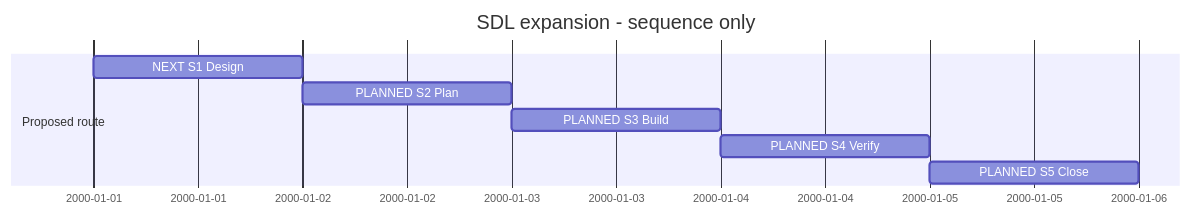
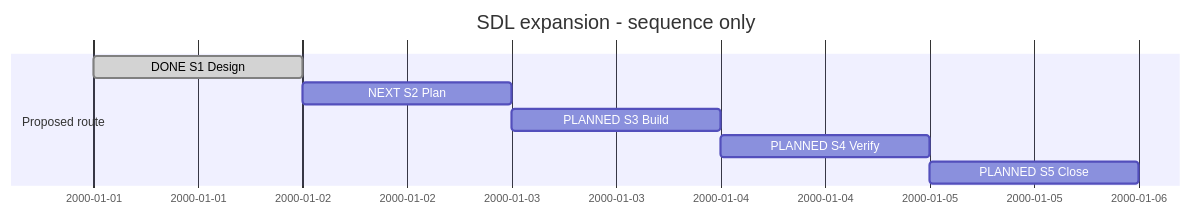
One commit to Hans-Einar/SDP changed the diagram in SDP/Sessions/session-#0001--SDL_expansion.md. Above: the diagram before and after it, drawn with Mermaid. The commit also changed other lines of this file and 26 other files, not shown here.

````diff
--- a/SDP/Sessions/session-#0001--SDL_expansion.md
+++ b/SDP/Sessions/session-#0001--SDL_expansion.md
@@ -60,11 +60,11 @@
 ```mermaid
 gantt
     title SDL expansion - sequence only
     dateFormat YYYY-MM-DD
     section Proposed route
-    NEXT S1 Design :s1, 2000-01-01, 1d
-    PLANNED S2 Plan :s2, after s1, 1d
+    DONE S1 Design :done, s1, 2000-01-01, 1d
+    NEXT S2 Plan :s2, after s1, 1d
     PLANNED S3 Build :s3, after s2, 1d
     PLANNED S4 Verify :s4, after s3, 1d
     PLANNED S5 Close :s5, after s4, 1d
 ```
````
